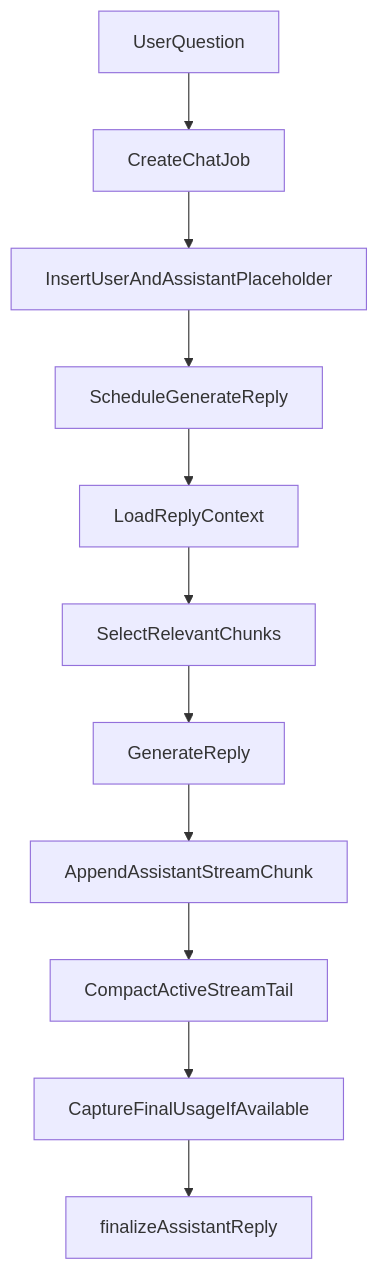
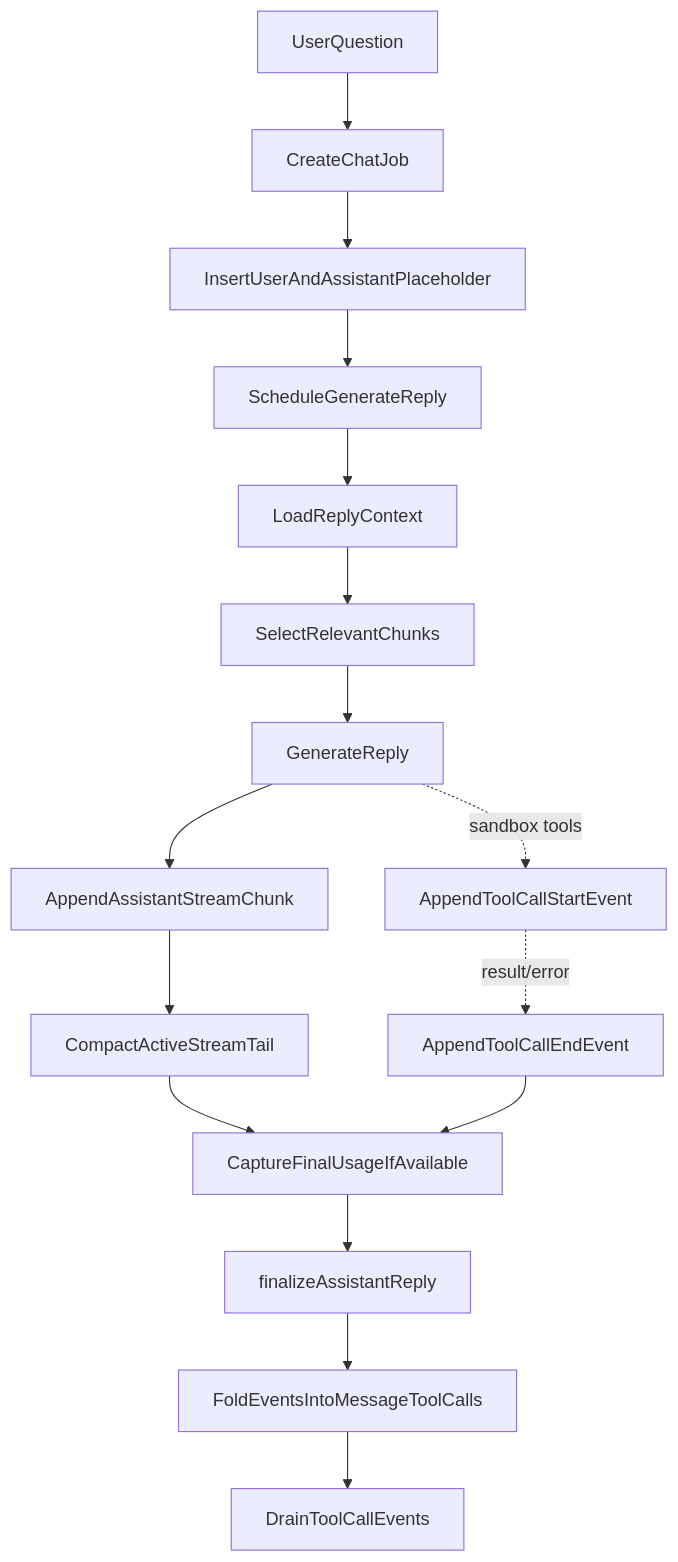
Before and after one commit to EricTsai83/systify: the first of 3 diagrams in docs/chat-and-analysis-pipeline.md, drawn with Mermaid. The commit also changed other lines of this file and 7 other files, not shown here.

First line of the commit message:
Implement Plan 06 — tool-call event persistence and trace UI

````diff
--- a/docs/chat-and-analysis-pipeline.md
+++ b/docs/chat-and-analysis-pipeline.md
@@ -29,25 +29,34 @@
 ```mermaid
 flowchart TD
   UserQuestion[UserQuestion]
   CreateJob[CreateChatJob]
   InsertMessages[InsertUserAndAssistantPlaceholder]
   Schedule[ScheduleGenerateReply]
   LoadContext[LoadReplyContext]
   SelectChunks[SelectRelevantChunks]
   Generate[GenerateReply]
   Stream[AppendAssistantStreamChunk]
   Compact[CompactActiveStreamTail]
+  ToolStart[AppendToolCallStartEvent]
+  ToolEnd[AppendToolCallEndEvent]
   Usage[CaptureFinalUsageIfAvailable]
   Complete[finalizeAssistantReply]
+  Fold[FoldEventsIntoMessageToolCalls]
+  Drain[DrainToolCallEvents]
 
   UserQuestion --> CreateJob
   CreateJob --> InsertMessages
   InsertMessages --> Schedule
   Schedule --> LoadContext
   LoadContext --> SelectChunks
   SelectChunks --> Generate
   Generate --> Stream
+  Generate -. sandbox tools .-> ToolStart
+  ToolStart -. result/error .-> ToolEnd
   Stream --> Compact
   Compact --> Usage
+  ToolEnd --> Usage
   Usage --> Complete
+  Complete --> Fold
+  Fold --> Drain
 ```
````
